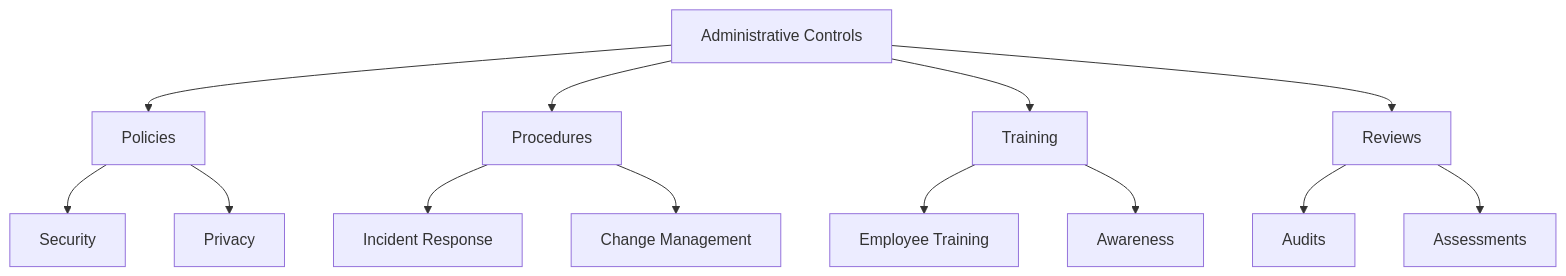
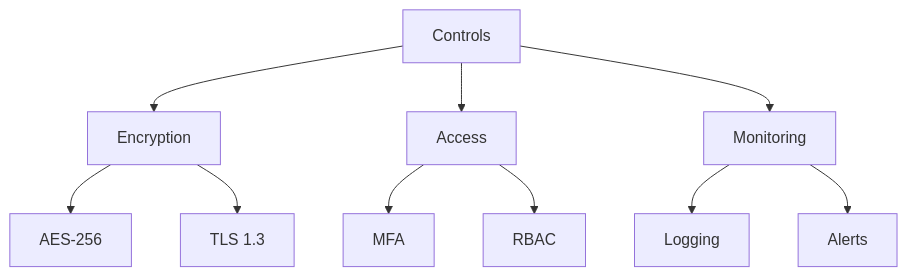
The tenth of 11 diagrams in layers.md (jihadajUAEU/bluemeshv2), drawn with Mermaid before and after one commit. The commit also changed other lines of this file and 2 other files, not shown here.

````diff
--- a/layers.md
+++ b/layers.md
@@ -296,19 +291,15 @@
 ```mermaid
 graph TD
-    A[Administrative Controls] --> B[Policies]
-    A --> C[Procedures]
-    A --> D[Training]
-    A --> E[Reviews]
+    A[Controls] --> B[Encryption]
+    A --> C[Access]
+    A --> D[Monitoring]
     
-    B --> B1[Security]
-    B --> B2[Privacy]
+    B --> E[AES-256]
+    B --> F[TLS 1.3]
     
-    C --> C1[Incident Response]
-    C --> C2[Change Management]
+    C --> G[MFA]
+    C --> H[RBAC]
     
-    D --> D1[Employee Training]
-    D --> D2[Awareness]
-    
-    E --> E1[Audits]
-    E --> E2[Assessments]
+    D --> I[Logging]
+    D --> J[Alerts]
 ```
````
